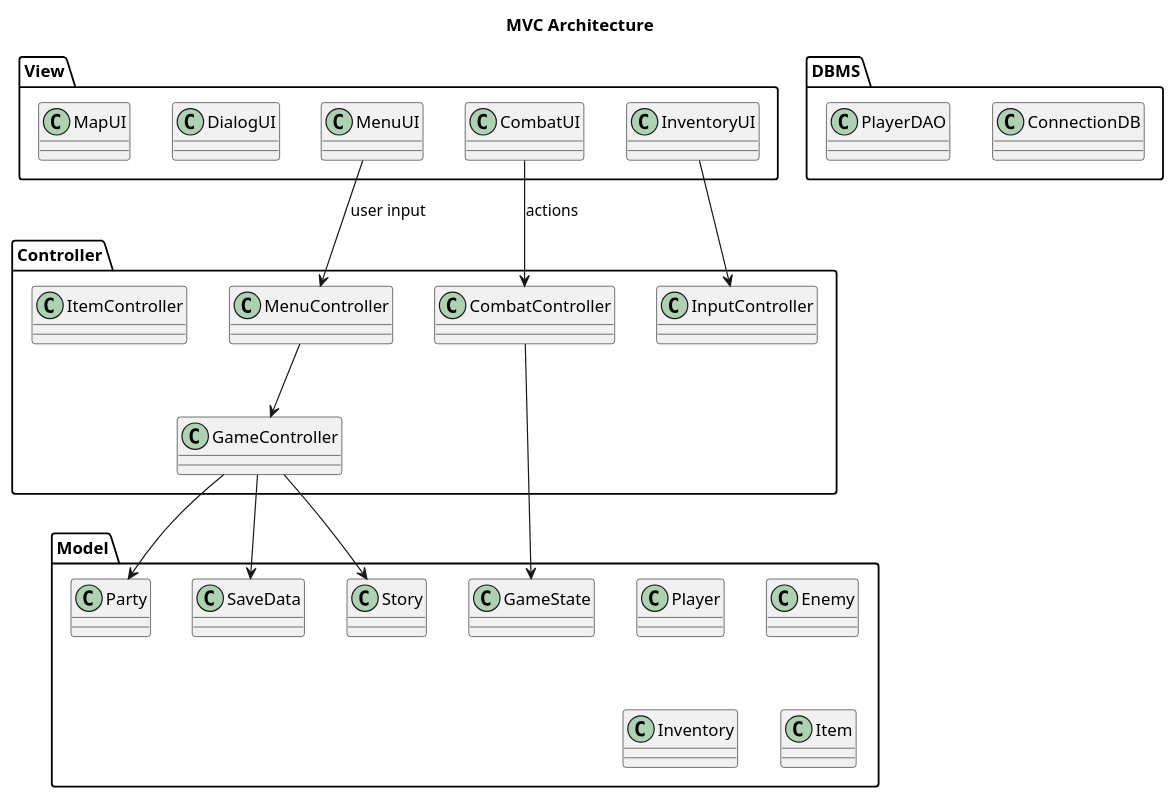
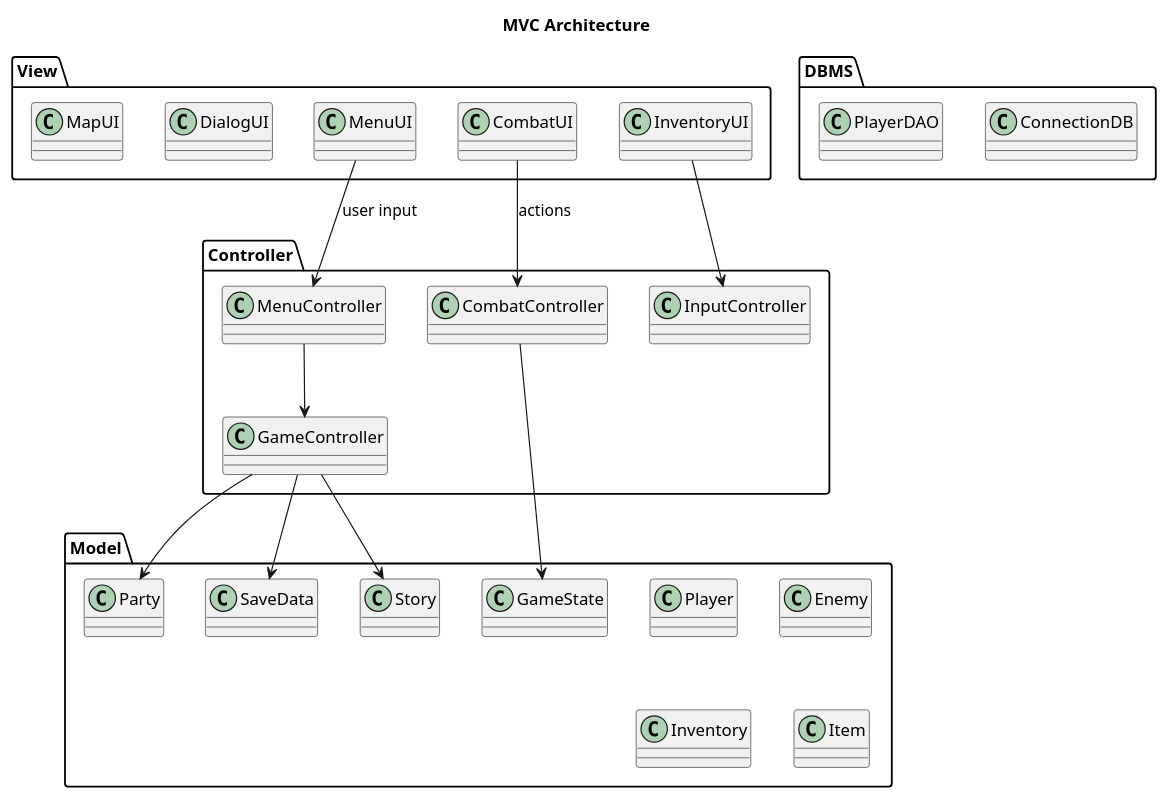
Before and after one commit to samMM-cs/iss-team2: the diagram in mvc.puml, drawn with PlantUML. The commit also changed other lines of this file, not shown here.

```diff
--- a/mvc.puml
+++ b/mvc.puml
@@ -1,47 +1,46 @@
 @startuml MVC
 title MVC Architecture
 
 package "DBMS"{
     class ConnectionDB
     class PlayerDAO
     
 }
 package "View" {
   class MenuUI
   class CombatUI
   class InventoryUI
   class DialogUI
   class MapUI
 }
 
 package "Controller" {
   class GameController
   class MenuController
   class CombatController
   class InputController
-  class ItemController
 }
 
 package "Model" {
   class GameState
   class Player
   class Party
   class Enemy
   class Inventory
   class SaveData
   class Story
   class Item
 }
 
 
 MenuUI --> MenuController : user input
 CombatUI --> CombatController : actions
 InventoryUI --> InputController
 
 MenuController --> GameController
 CombatController --> GameState
 GameController --> SaveData
 GameController --> Story
 GameController --> Party
 
 @enduml
```
